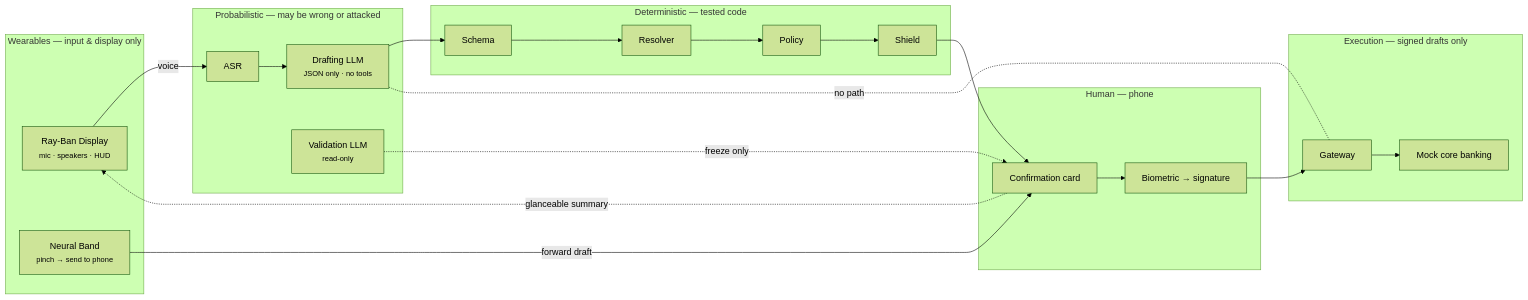
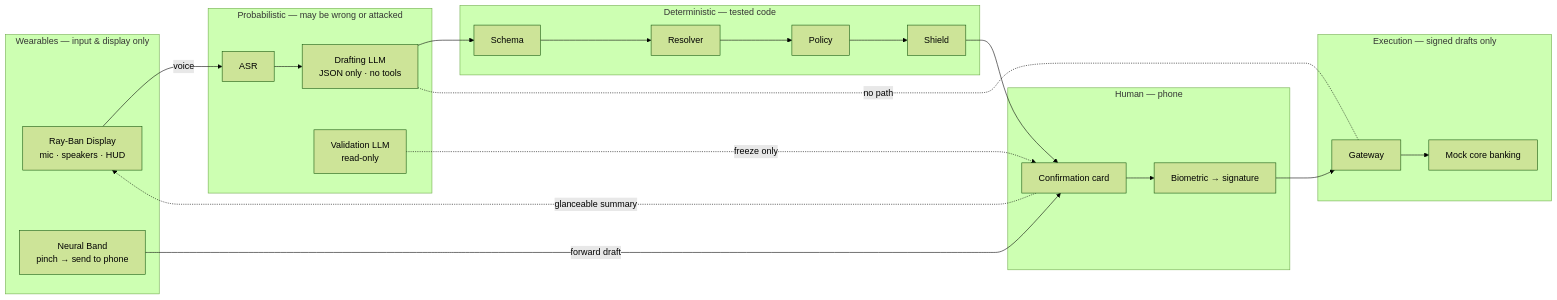
One commit to aljabrialam/tencent-cloud-ai-hackathon-sg-2026 changed the second of 2 diagrams in README.md. Above: the diagram before and after it, drawn with Mermaid (forest theme). The commit also changed other lines of this file and 2 other files, not shown here.

Commit message:
Fix mermaid label drift — drop <small> tags
Mermaid sizes nodes before applying HTML labels, so <small> sub-text
wrapped outside the node box. Plain <br/> line breaks now; text stays
inside the nodes in all three diagram files.

Generated with [Devin](https://devin.ai)

````diff
--- a/README.md
+++ b/README.md
@@ -124,28 +124,28 @@
 ```mermaid
 flowchart LR
   subgraph W["Wearables — input & display only"]
-    MIC["Ray-Ban Display<br/><small>mic · speakers · HUD</small>"]
-    BAND["Neural Band<br/><small>pinch → send to phone</small>"]
+    MIC["Ray-Ban Display<br/>mic · speakers · HUD"]
+    BAND["Neural Band<br/>pinch → send to phone"]
   end
   subgraph P["Probabilistic — may be wrong or attacked"]
-    ASR["ASR"] --> L1["Drafting LLM<br/><small>JSON only · no tools</small>"]
-    L2["Validation LLM<br/><small>read-only</small>"]
+    ASR["ASR"] --> L1["Drafting LLM<br/>JSON only · no tools"]
+    L2["Validation LLM<br/>read-only"]
   end
   subgraph D["Deterministic — tested code"]
     S["Schema"] --> RS["Resolver"] --> PO["Policy"] --> SD["Shield"]
   end
   subgraph H["Human — phone"]
     CARD["Confirmation card"] --> BIO["Biometric → signature"]
   end
   subgraph X["Execution — signed drafts only"]
     GW["Gateway"] --> LED["Mock core banking"]
   end
   MIC -->|"voice"| ASR
   BAND -->|"forward draft"| CARD
   L1 --> S
   L1 -. "no path" .- GW
   L2 -. "freeze only" .-> CARD
   SD --> CARD
   CARD -. "glanceable summary" .-> MIC
   BIO --> GW
 ```
````
